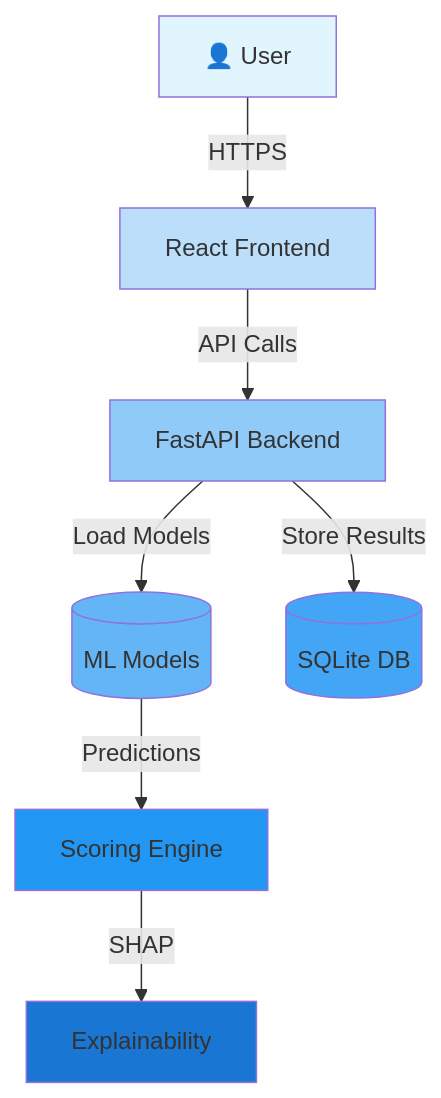
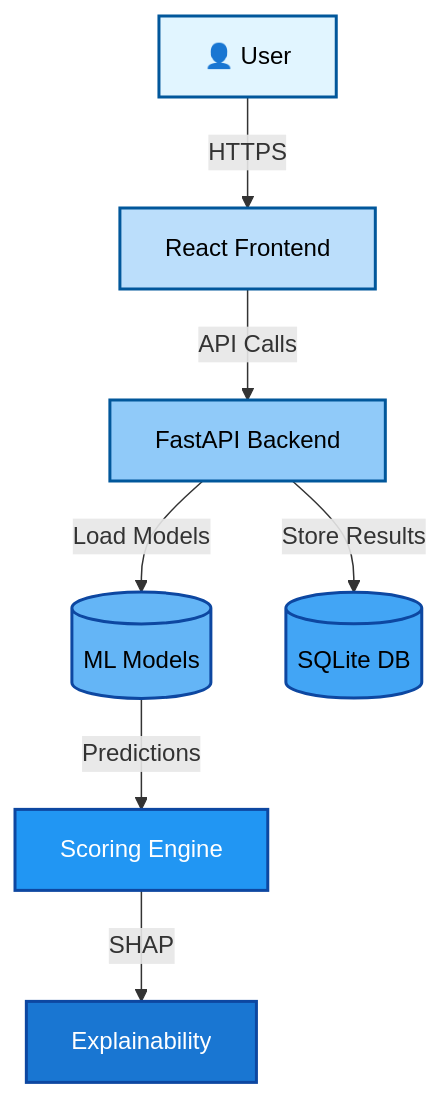
Before and after one commit to harshjohiya/RiskLens: the first of 2 diagrams in README.md, drawn with Mermaid. The commit also changed other lines of this file and 2 other files, not shown here.

````diff
--- a/README.md
+++ b/README.md
@@ -33,17 +33,17 @@
 ```mermaid
 graph TB
     A[👤 User] -->|HTTPS| B[React Frontend]
     B -->|API Calls| C[FastAPI Backend]
     C -->|Load Models| D[(ML Models)]
     C -->|Store Results| E[(SQLite DB)]
     D -->|Predictions| F[Scoring Engine]
     F -->|SHAP| G[Explainability]
     
-    style A fill:#e1f5ff
-    style B fill:#bbdefb
-    style C fill:#90caf9
-    style D fill:#64b5f6
-    style E fill:#42a5f5
-    style F fill:#2196f3
-    style G fill:#1976d2
+    style A fill:#e1f5ff,stroke:#01579b,stroke-width:2px,color:#000
+    style B fill:#bbdefb,stroke:#01579b,stroke-width:2px,color:#000
+    style C fill:#90caf9,stroke:#01579b,stroke-width:2px,color:#000
+    style D fill:#64b5f6,stroke:#0d47a1,stroke-width:2px,color:#000
+    style E fill:#42a5f5,stroke:#0d47a1,stroke-width:2px,color:#000
+    style F fill:#2196f3,stroke:#0d47a1,stroke-width:2px,color:#fff
+    style G fill:#1976d2,stroke:#0d47a1,stroke-width:2px,color:#fff
 ```
````
